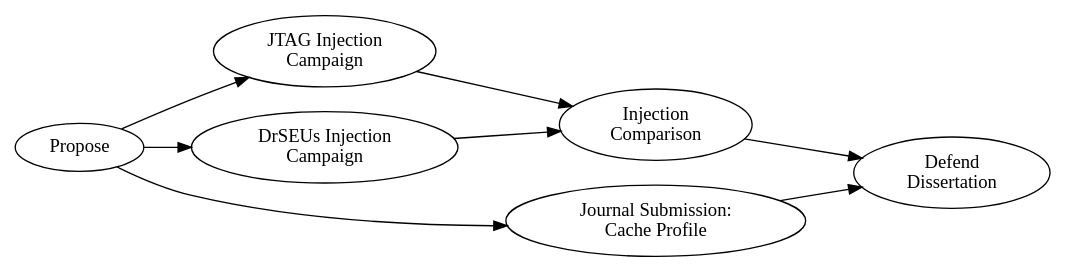
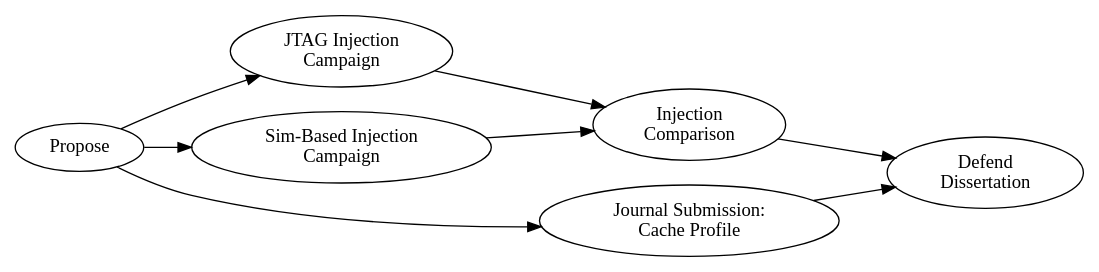
Before and after one commit to jcmarsh/Research_Notes: the diagram in proposal/plan.dot, drawn with Graphviz.

Commit message:
Label tweak to make more generic.

```diff
--- a/proposal/plan.dot
+++ b/proposal/plan.dot
@@ -1,19 +1,19 @@
 digraph Plan {
 	rankdir=LR;
 	Propose;
 	JTAG [label="JTAG Injection\nCampaign"];
-	DrSEUs [label="DrSEUs Injection\nCampaign"];
+	DrSEUs [label="Sim-Based Injection\nCampaign"];
 	Tool [label="Injection\nComparison"];
 	Publish [label="Journal Submission:\nCache Profile"];
 	Defend [label="Defend\nDissertation"];
 
  	Propose -> JTAG;
 	Propose -> DrSEUs;
 	Propose -> Publish;
 
 	JTAG -> Tool;
 	DrSEUs -> Tool;
 
 	Tool -> Defend;
 	Publish -> Defend;
 }
```
